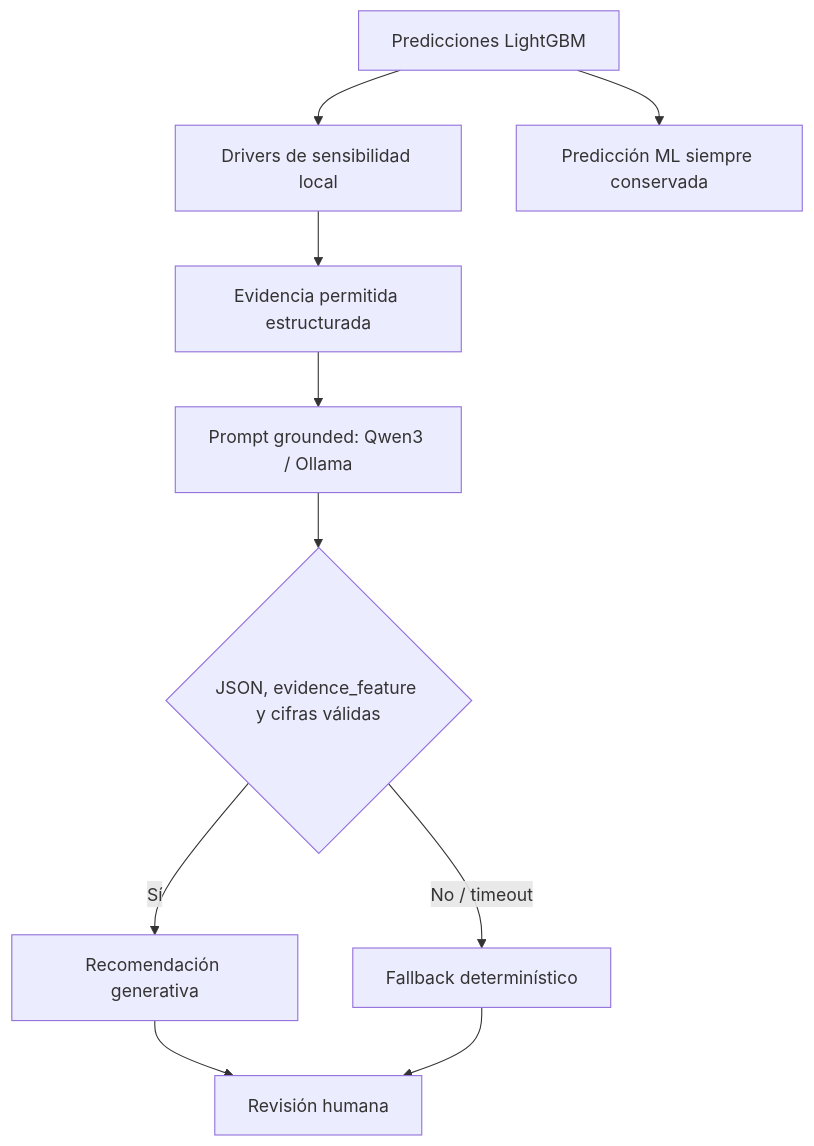
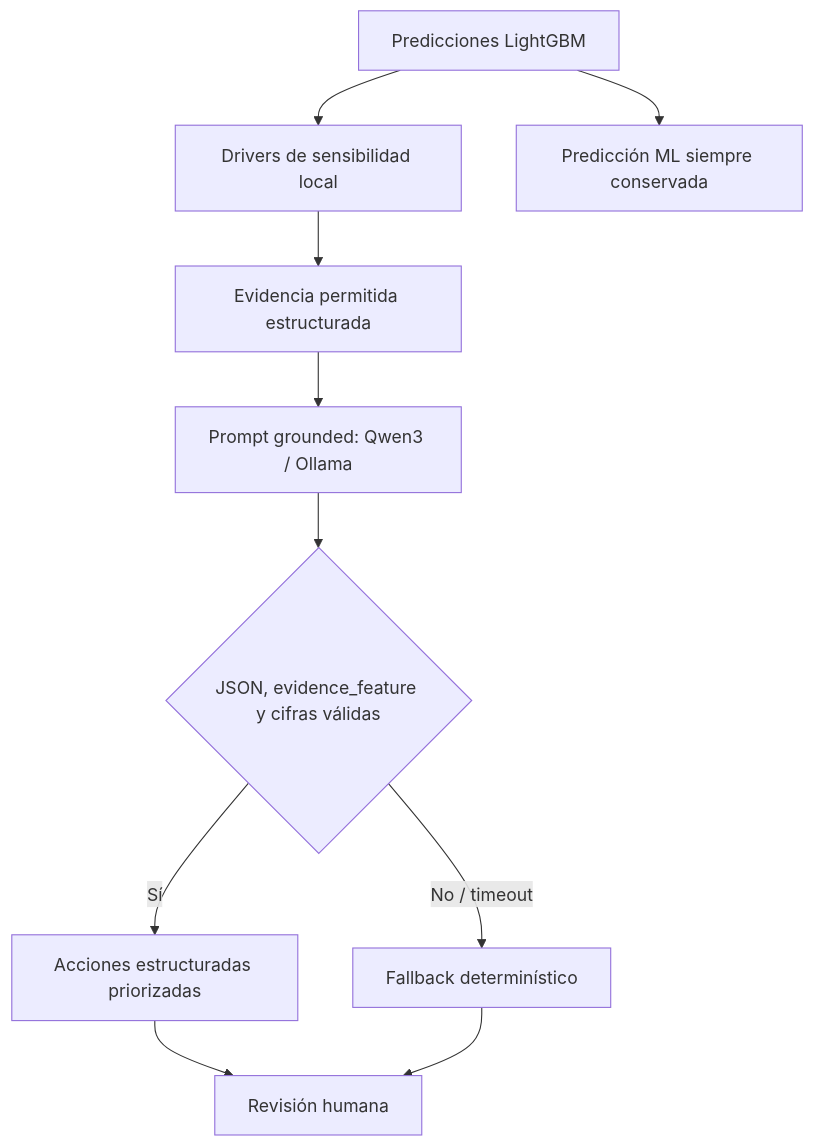
One commit to heiandavi-boop/tallerfina3 changed the second of 3 diagrams in docs/architecture.md. Above: the diagram before and after it, drawn with Mermaid. The commit also changed other lines of this file and 23 other files, not shown here.

````diff
--- a/docs/architecture.md
+++ b/docs/architecture.md
@@ -33,12 +33,12 @@
 ```mermaid
 flowchart TD
   M[Predicciones LightGBM] --> D[Drivers de sensibilidad local]
   D --> E[Evidencia permitida estructurada]
   E --> Q[Prompt grounded: Qwen3 / Ollama]
   Q --> V{JSON, evidence_feature y cifras válidas}
-  V -->|Sí| R[Recomendación generativa]
+  V -->|Sí| R[Acciones estructuradas priorizadas]
   V -->|No / timeout| F[Fallback determinístico]
   R --> H[Revisión humana]
   F --> H
   M --> P[Predicción ML siempre conservada]
 ```
````
